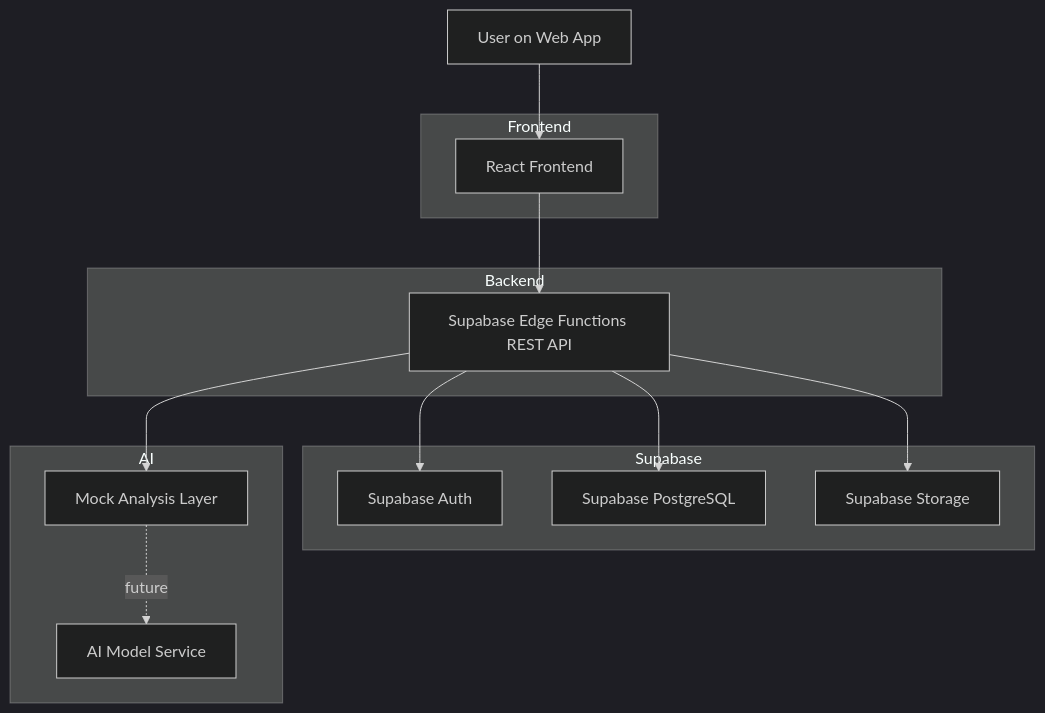
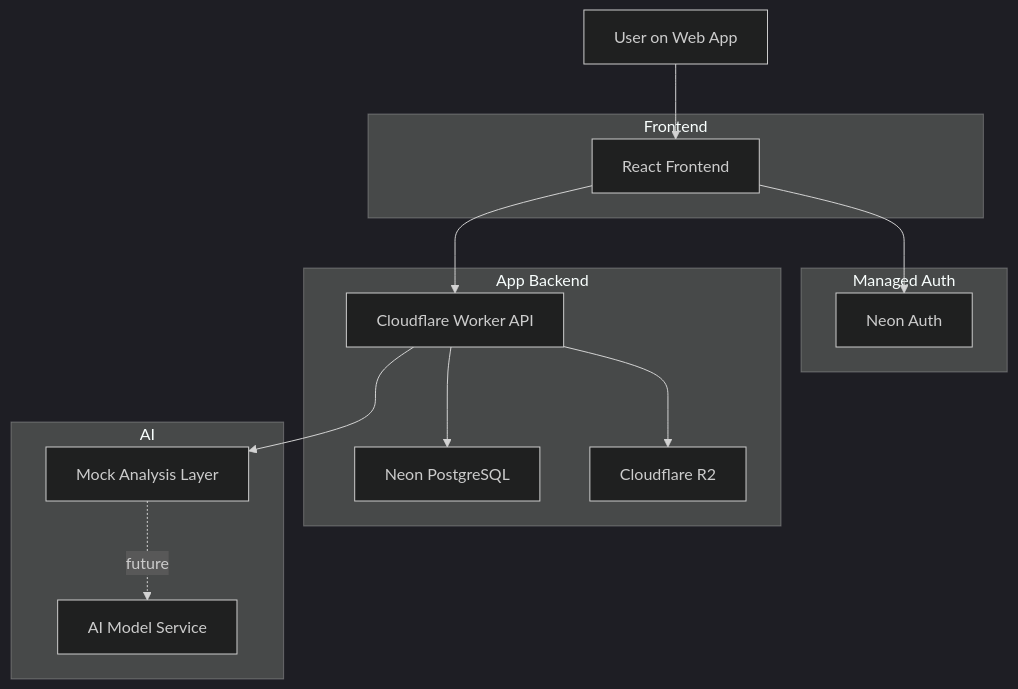
One commit to Tamal-11/cse4104-7a-t03-nutrilens changed the diagram in diagrams/system_architecture.md. Above: the diagram before and after it, drawn with Mermaid (dark theme). The commit also changed other lines of this file and 10 other files, not shown here.

````diff
--- a/diagrams/system_architecture.md
+++ b/diagrams/system_architecture.md
@@ -3,29 +3,29 @@
 ```mermaid
 flowchart TD
     A[User on Web App] --> B[React Frontend]
-    B --> C[Supabase Edge Functions REST API]
-    C --> D[Supabase Auth]
-    C --> E[Supabase PostgreSQL]
-    C --> F[Supabase Storage]
-    C --> G[Mock Analysis Layer]
+    B --> C[Neon Auth]
+    B --> D[Cloudflare Worker API]
+    D --> E[Neon PostgreSQL]
+    D --> F[Cloudflare R2]
+    D --> G[Mock Analysis Layer]
     G -. future .-> H[AI Model Service]
 
     subgraph Frontend
       B
     end
 
-    subgraph Backend
+    subgraph Managed Auth
       C
     end
 
-    subgraph Supabase
+    subgraph App Backend
       D
       E
       F
     end
 
     subgraph AI
       G
       H
     end
 ```
````
